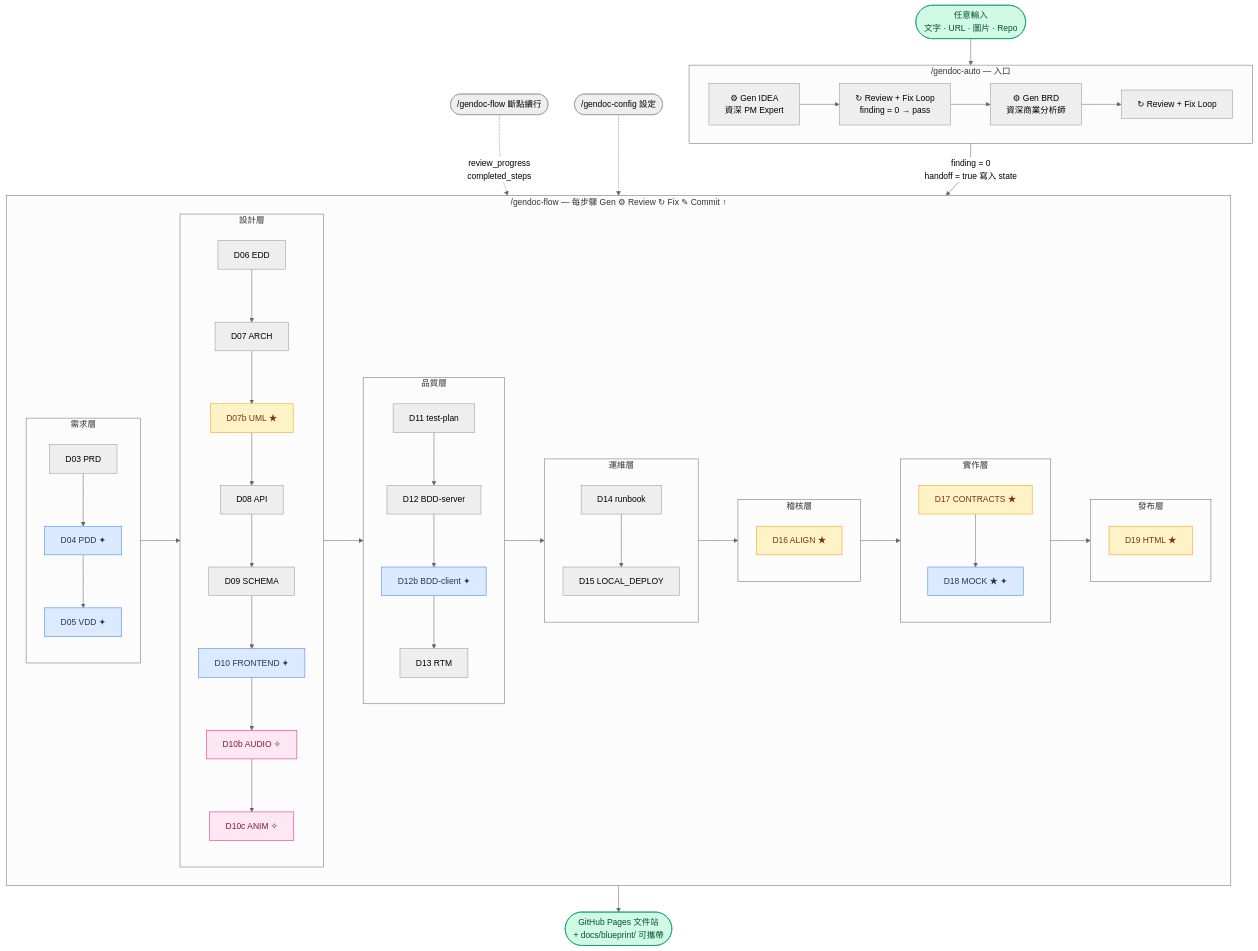
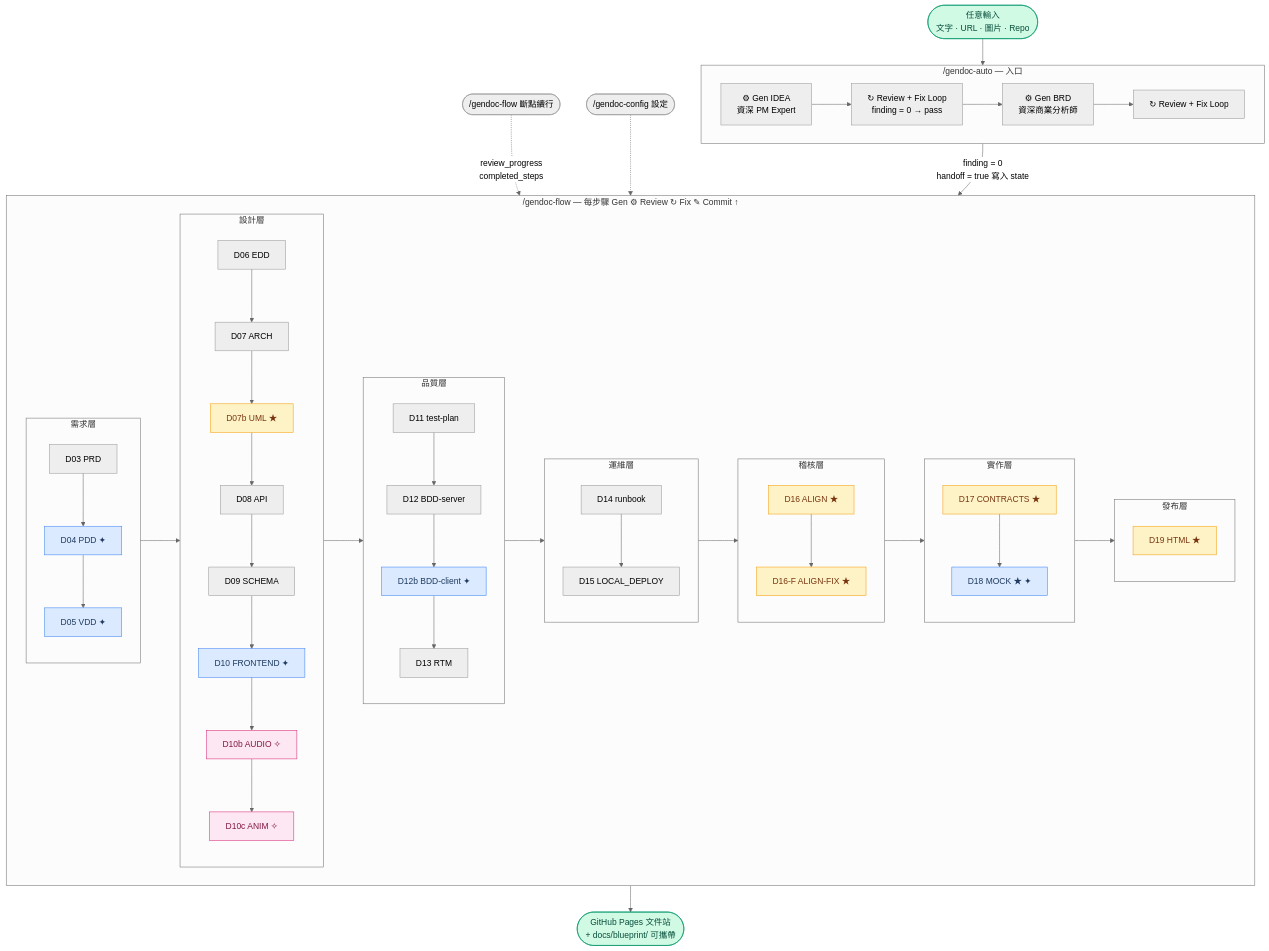
Before and after one commit to ibalasite/gendoc: the first of 2 diagrams in README.md, drawn with Mermaid (neutral theme). The commit also changed other lines of this file and 1 other file, not shown here.

First line of the commit message:
docs: update README and PRD to v2.2 — frontend UML + HTML v3.0 + ALIGN-F

````diff
--- a/README.md
+++ b/README.md
@@ -152,47 +152,47 @@
 ```mermaid
 flowchart TD
     INPUT([任意輸入\n文字 · URL · 圖片 · Repo]) --> AUTO
     subgraph AUTO["/gendoc-auto — 入口"]
         direction LR
         G1["⚙ Gen IDEA\n資深 PM Expert"] --> R1["↻ Review + Fix Loop\nfinding = 0 → pass"]
         R1 --> G2["⚙ Gen BRD\n資深商業分析師"]
         G2 --> R2["↻ Review + Fix Loop"]
     end
     R2 -->|"finding = 0\nhandoff = true 寫入 state"| FLOW
     subgraph FLOW["/gendoc-flow — 每步驟 Gen ⚙ Review ↻ Fix ✎ Commit ↑"]
         subgraph REQ["需求層"]
             D03["D03 PRD"] --> D04["D04 PDD ✦"] --> D05["D05 VDD ✦"]
         end
         subgraph DES["設計層"]
             D06["D06 EDD"] --> D07["D07 ARCH"] --> D07b["D07b UML ★"] --> D08["D08 API"] --> D09["D09 SCHEMA"] --> D10["D10 FRONTEND ✦"] --> D10b["D10b AUDIO ✧"] --> D10c["D10c ANIM ✧"]
         end
         subgraph QA["品質層"]
             D11["D11 test-plan"] --> D12["D12 BDD-server"] --> D12b["D12b BDD-client ✦"] --> D13["D13 RTM"]
         end
         subgraph OPS["運維層"]
             D14["D14 runbook"] --> D15["D15 LOCAL_DEPLOY"]
         end
         subgraph AUDIT["稽核層"]
-            D16["D16 ALIGN ★"]
+            D16["D16 ALIGN ★"] --> D16F["D16-F ALIGN-FIX ★"]
         end
         subgraph IMPL["實作層"]
             D17["D17 CONTRACTS ★"] --> D18["D18 MOCK ★ ✦"]
         end
         subgraph PUB["發布層"]
             D19["D19 HTML ★"]
         end
         REQ --> DES --> QA --> OPS --> AUDIT --> IMPL --> PUB
     end
     FLOW --> DONE([GitHub Pages 文件站\n+ docs/blueprint/ 可攜帶])
     RESUME(["/gendoc-flow 斷點續行"]) -.->|"review_progress\ncompleted_steps"| FLOW
     CONFIG(["/gendoc-config 設定"]) -.-> FLOW
     classDef condNode fill:#dbeafe,stroke:#3b82f6,color:#1e3a5f
     classDef gameNode fill:#fce7f3,stroke:#db2777,color:#831843
     classDef specNode fill:#fef3c7,stroke:#f59e0b,color:#78350f
     classDef ioNode fill:#d1fae5,stroke:#059669,color:#064e3b
     class D04,D05,D10,D12b condNode
     class D10b,D10c gameNode
-    class D07b,D16,D17,D18,D19 specNode
+    class D07b,D16,D16F,D17,D18,D19 specNode
     class D18 condNode
     class INPUT,DONE ioNode
 ```
````
